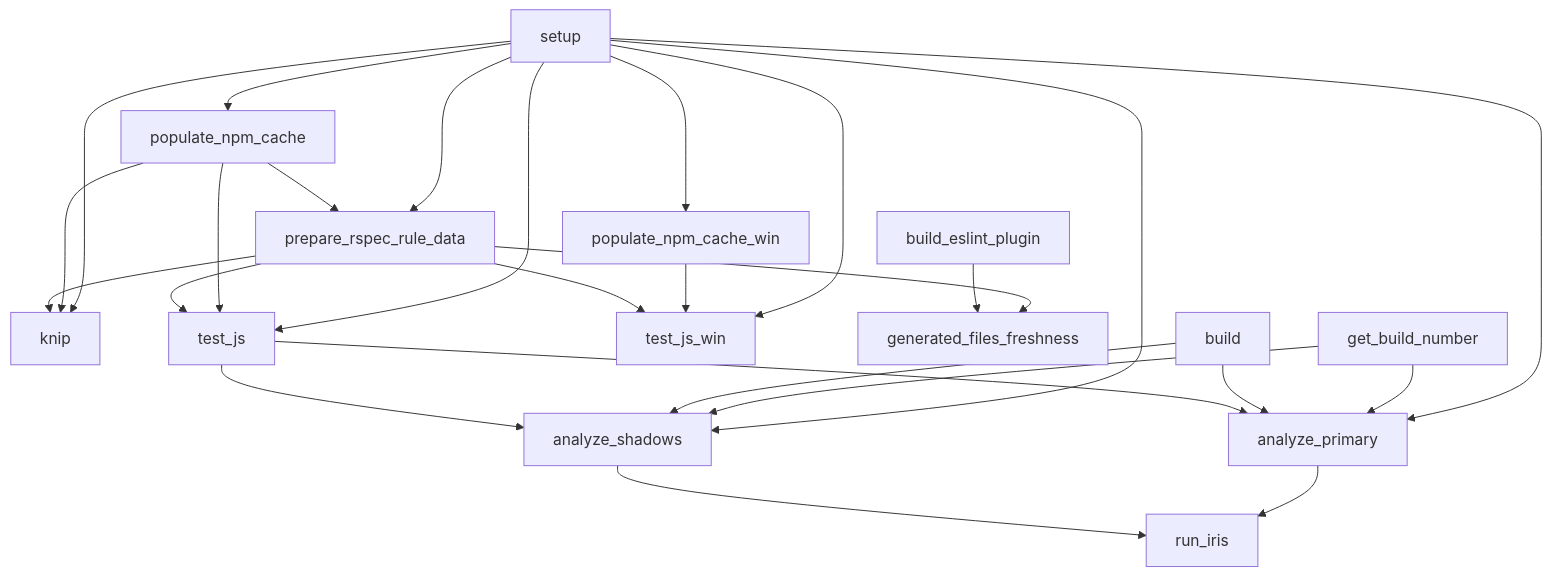
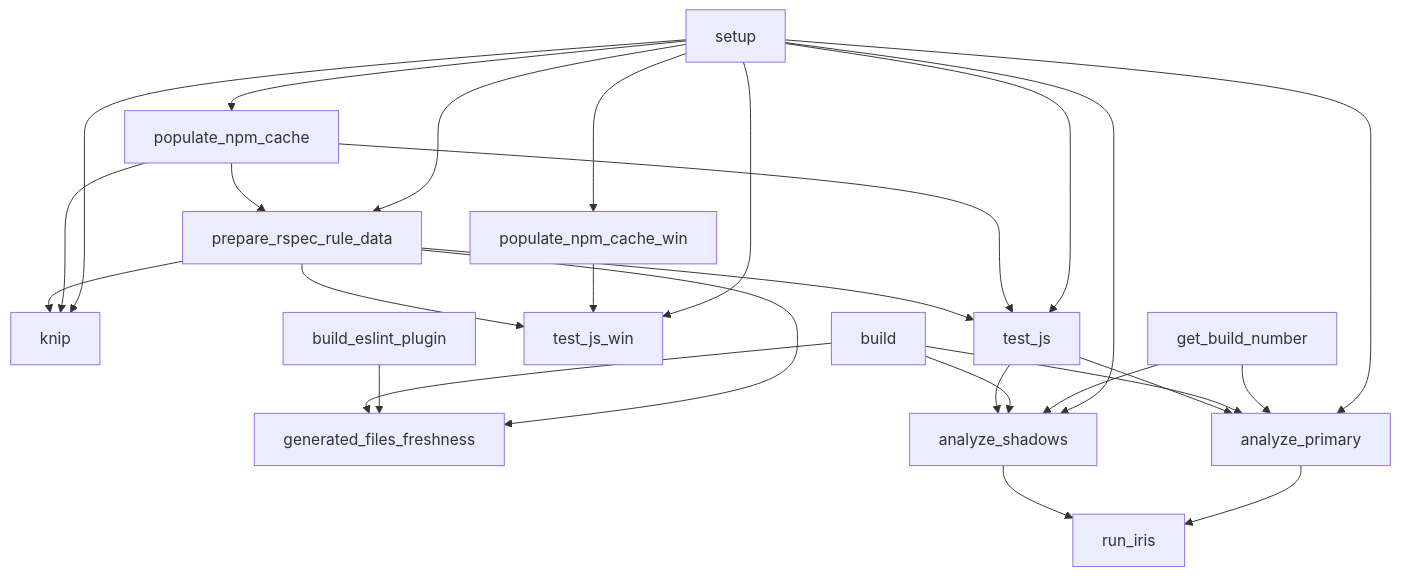
Before and after one commit to SonarSource/SonarJS: the third of 4 diagrams in docs/CI.md, drawn with Mermaid. The commit also changed other lines of this file and 179 other files, not shown here.

````diff
--- a/docs/CI.md
+++ b/docs/CI.md
@@ -179,35 +179,35 @@
 ```mermaid
 flowchart TD
   setup["setup"] --> populate_npm_cache["populate_npm_cache"]
   setup --> populate_npm_cache_win["populate_npm_cache_win"]
   setup --> prepare_rspec_rule_data["prepare_rspec_rule_data"]
   populate_npm_cache --> prepare_rspec_rule_data
 
   setup --> knip["knip"]
   populate_npm_cache --> knip
   prepare_rspec_rule_data --> knip
 
   setup --> test_js["test_js"]
   populate_npm_cache --> test_js
   prepare_rspec_rule_data --> test_js
 
   setup --> test_js_win["test_js_win"]
   populate_npm_cache_win --> test_js_win
   prepare_rspec_rule_data --> test_js_win
 
   prepare_rspec_rule_data --> generated_files_freshness
   build_eslint_plugin["build_eslint_plugin"] --> generated_files_freshness["generated_files_freshness"]
-
+  build --> generated_files_freshness
   setup --> analyze_primary["analyze_primary"]
   get_build_number["get_build_number"] --> analyze_primary
   build["build"] --> analyze_primary
   test_js --> analyze_primary
 
   setup --> analyze_shadows["analyze_shadows"]
   get_build_number --> analyze_shadows
   build --> analyze_shadows
   test_js --> analyze_shadows
 
   analyze_primary --> run_iris["run_iris"]
   analyze_shadows --> run_iris
 ```
````
